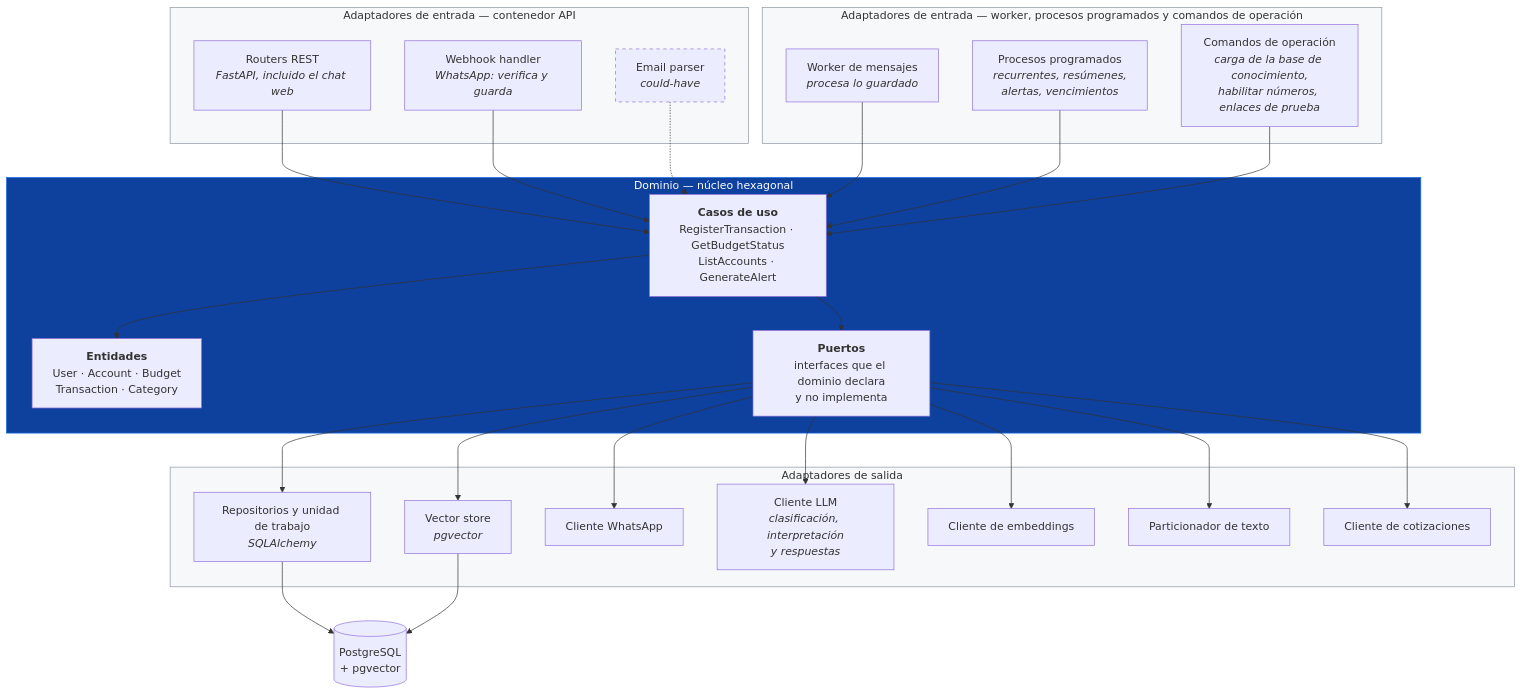
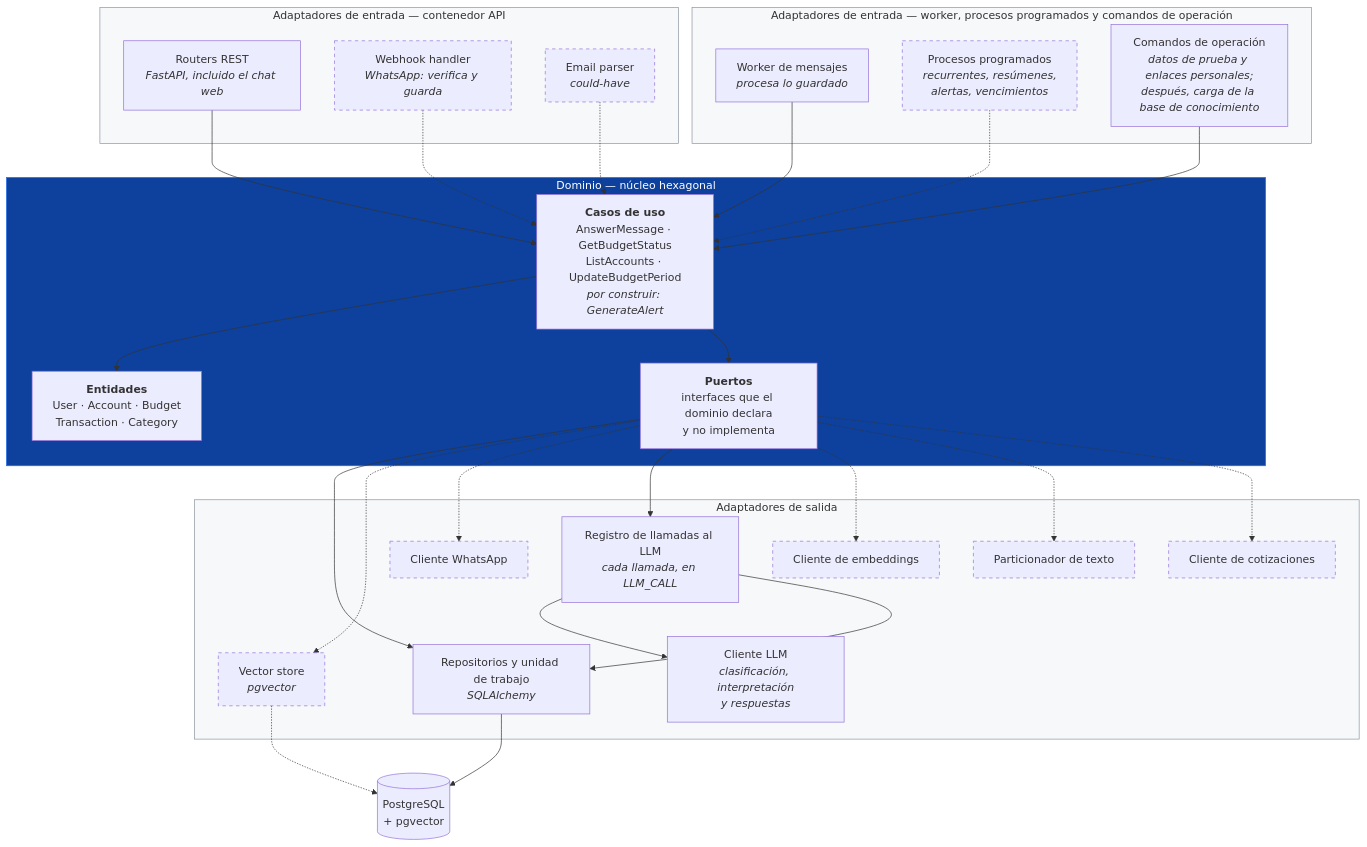
Before and after one commit to verozacarias-prog/AI4Devs-finalproject: the third of 4 diagrams in docs/02-arquitectura.md, drawn with Mermaid. The commit also changed other lines of this file and 4 other files, not shown here.

First line of the commit message:
docs(diagramas): alineados con el código, y lo que todavía no existe queda marcado como diseño

````diff
--- a/docs/02-arquitectura.md
+++ b/docs/02-arquitectura.md
@@ -86,54 +99,63 @@
 ```mermaid
 flowchart TB
     subgraph INBOUND["Adaptadores de entrada — contenedor API"]
         ROUTERS["Routers REST<br/><i>FastAPI, incluido el chat web</i>"]
         HOOK["Webhook handler<br/><i>WhatsApp: verifica y guarda</i>"]
         PARSE["Email parser<br/><i>could-have</i>"]
     end
 
     subgraph WORKERBOX["Adaptadores de entrada — worker, procesos programados y comandos de operación"]
         MSGWK["Worker de mensajes<br/><i>procesa lo guardado</i>"]
         SCHED["Procesos programados<br/><i>recurrentes, resúmenes,<br/>alertas, vencimientos</i>"]
-        CLI["Comandos de operación<br/><i>carga de la base de conocimiento,<br/>habilitar números, enlaces de prueba</i>"]
+        CLI["Comandos de operación<br/><i>datos de prueba y enlaces personales;<br/>después, carga de la base de conocimiento</i>"]
     end
 
     subgraph DOMAIN["Dominio — núcleo hexagonal"]
-        UC["<b>Casos de uso</b><br/>RegisterTransaction · GetBudgetStatus<br/>ListAccounts · GenerateAlert"]
+        UC["<b>Casos de uso</b><br/>AnswerMessage · GetBudgetStatus<br/>ListAccounts · UpdateBudgetPeriod<br/><i>por construir: GenerateAlert</i>"]
         ENT["<b>Entidades</b><br/>User · Account · Budget<br/>Transaction · Category"]
         PORTS["<b>Puertos</b><br/>interfaces que el dominio declara<br/>y no implementa"]
     end
 
     subgraph OUTBOUND["Adaptadores de salida"]
         REPO["Repositorios y unidad de trabajo<br/><i>SQLAlchemy</i>"]
         VECADAPT["Vector store<br/><i>pgvector</i>"]
         WACLIENT["Cliente WhatsApp"]
+        RECORDER["Registro de llamadas al LLM<br/><i>cada llamada, en LLM_CALL</i>"]
         LLMCLIENT["Cliente LLM<br/><i>clasificación, interpretación<br/>y respuestas</i>"]
         EMBCLIENT["Cliente de embeddings"]
         SPLIT["Particionador de texto"]
         FXCLIENT["Cliente de cotizaciones"]
     end
 
     DB[("PostgreSQL<br/>+ pgvector")]
 
     ROUTERS --> UC
-    HOOK --> UC
+    HOOK -.-> UC
     MSGWK --> UC
-    SCHED --> UC
+    SCHED -.-> UC
     CLI --> UC
     PARSE -.-> UC
     UC --> ENT
     UC --> PORTS
     PORTS --> REPO --> DB
-    PORTS --> VECADAPT --> DB
-    PORTS --> WACLIENT
-    PORTS --> LLMCLIENT
-    PORTS --> EMBCLIENT
-    PORTS --> SPLIT
-    PORTS --> FXCLIENT
+    PORTS -.-> VECADAPT -.-> DB
+    PORTS -.-> WACLIENT
+    PORTS --> RECORDER --> LLMCLIENT
+    RECORDER --> REPO
+    PORTS -.-> EMBCLIENT
+    PORTS -.-> SPLIT
+    PORTS -.-> FXCLIENT
 
     style DOMAIN fill:#0d419d,stroke:#1f6feb,color:#fff
     style INBOUND fill:#f6f8fa,stroke:#8b949e
     style WORKERBOX fill:#f6f8fa,stroke:#8b949e
     style OUTBOUND fill:#f6f8fa,stroke:#8b949e
     style PARSE stroke-dasharray: 5 5
+    style HOOK stroke-dasharray: 5 5
+    style SCHED stroke-dasharray: 5 5
+    style VECADAPT stroke-dasharray: 5 5
+    style WACLIENT stroke-dasharray: 5 5
+    style EMBCLIENT stroke-dasharray: 5 5
+    style SPLIT stroke-dasharray: 5 5
+    style FXCLIENT stroke-dasharray: 5 5
 ```
````
